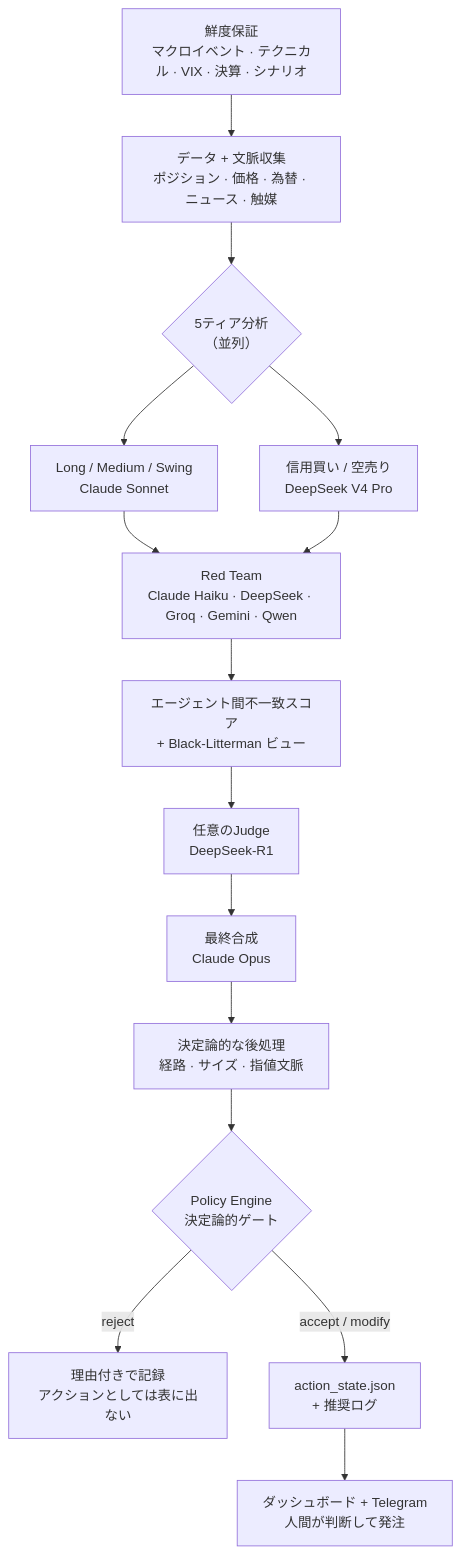
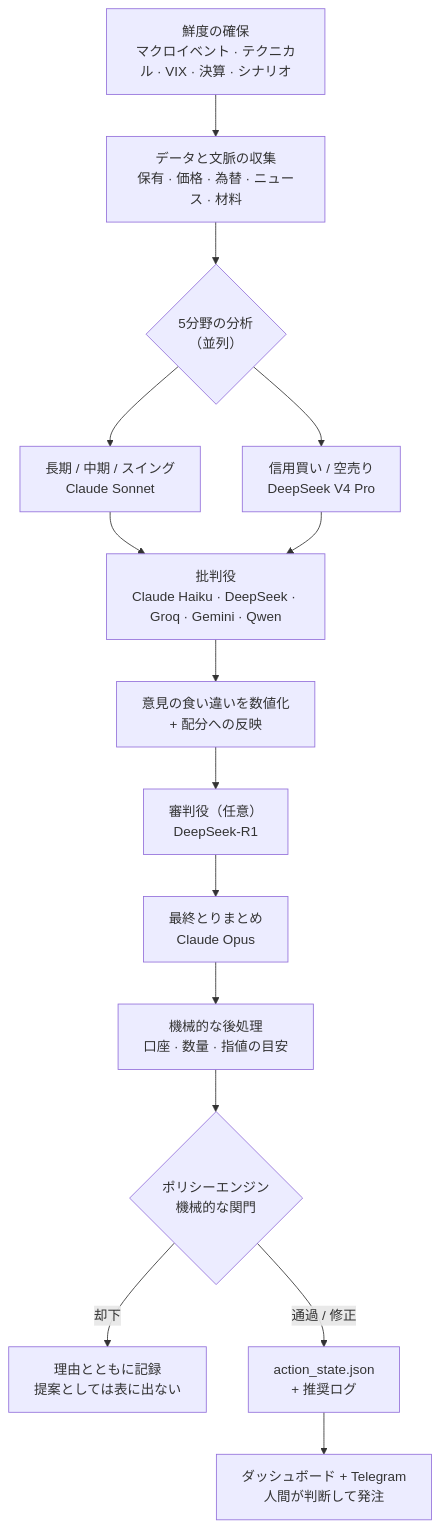
Before and after one commit to quant-almanac/almanac: the diagram in README.ja.md, drawn with Mermaid. The commit also changed other lines of this file, not shown here.

````diff
--- a/README.ja.md
+++ b/README.ja.md
@@ -32,17 +36,17 @@
 ```mermaid
 flowchart TD
-    A["鮮度保証<br/>マクロイベント · テクニカル · VIX · 決算 · シナリオ"] --> B["データ + 文脈収集<br/>ポジション · 価格 · 為替 · ニュース · 触媒"]
-    B --> C{"5ティア分析<br/>（並列）"}
-    C --> C1["Long / Medium / Swing<br/>Claude Sonnet"]
+    A["鮮度の確保<br/>マクロイベント · テクニカル · VIX · 決算 · シナリオ"] --> B["データと文脈の収集<br/>保有 · 価格 · 為替 · ニュース · 材料"]
+    B --> C{"5分野の分析<br/>（並列）"}
+    C --> C1["長期 / 中期 / スイング<br/>Claude Sonnet"]
     C --> C2["信用買い / 空売り<br/>DeepSeek V4 Pro"]
-    C1 --> D["Red Team<br/>Claude Haiku · DeepSeek · Groq · Gemini · Qwen"]
+    C1 --> D["批判役<br/>Claude Haiku · DeepSeek · Groq · Gemini · Qwen"]
     C2 --> D
-    D --> E["エージェント間不一致スコア<br/>+ Black-Litterman ビュー"]
-    E --> F["任意のJudge<br/>DeepSeek-R1"]
-    F --> G["最終合成<br/>Claude Opus"]
-    G --> H["決定論的な後処理<br/>経路 · サイズ · 指値文脈"]
-    H --> I{"Policy Engine<br/>決定論的ゲート"}
-    I -->|reject| J["理由付きで記録<br/>アクションとしては表に出ない"]
-    I -->|accept / modify| K["action_state.json<br/>+ 推奨ログ"]
+    D --> E["意見の食い違いを数値化<br/>+ 配分への反映"]
+    E --> F["審判役（任意）<br/>DeepSeek-R1"]
+    F --> G["最終とりまとめ<br/>Claude Opus"]
+    G --> H["機械的な後処理<br/>口座 · 数量 · 指値の目安"]
+    H --> I{"ポリシーエンジン<br/>機械的な関門"}
+    I -->|却下| J["理由とともに記録<br/>提案としては表に出ない"]
+    I -->|通過 / 修正| K["action_state.json<br/>+ 推奨ログ"]
     K --> L["ダッシュボード + Telegram<br/>人間が判断して発注"]
 ```
````
